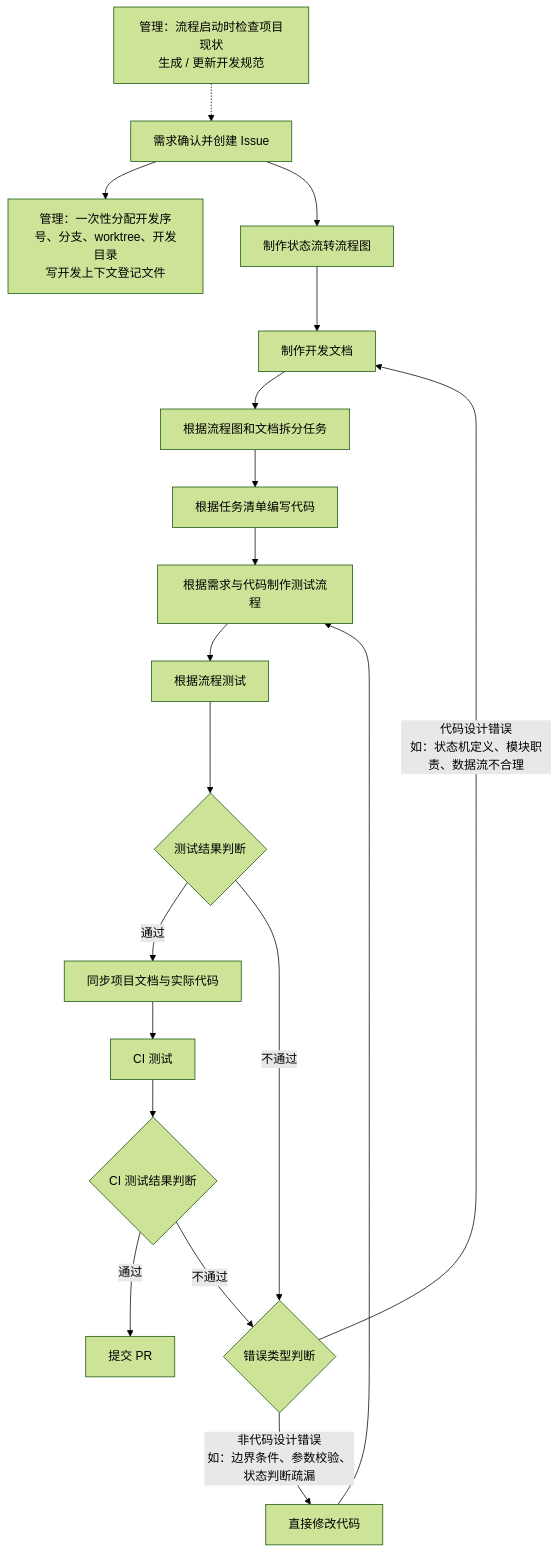
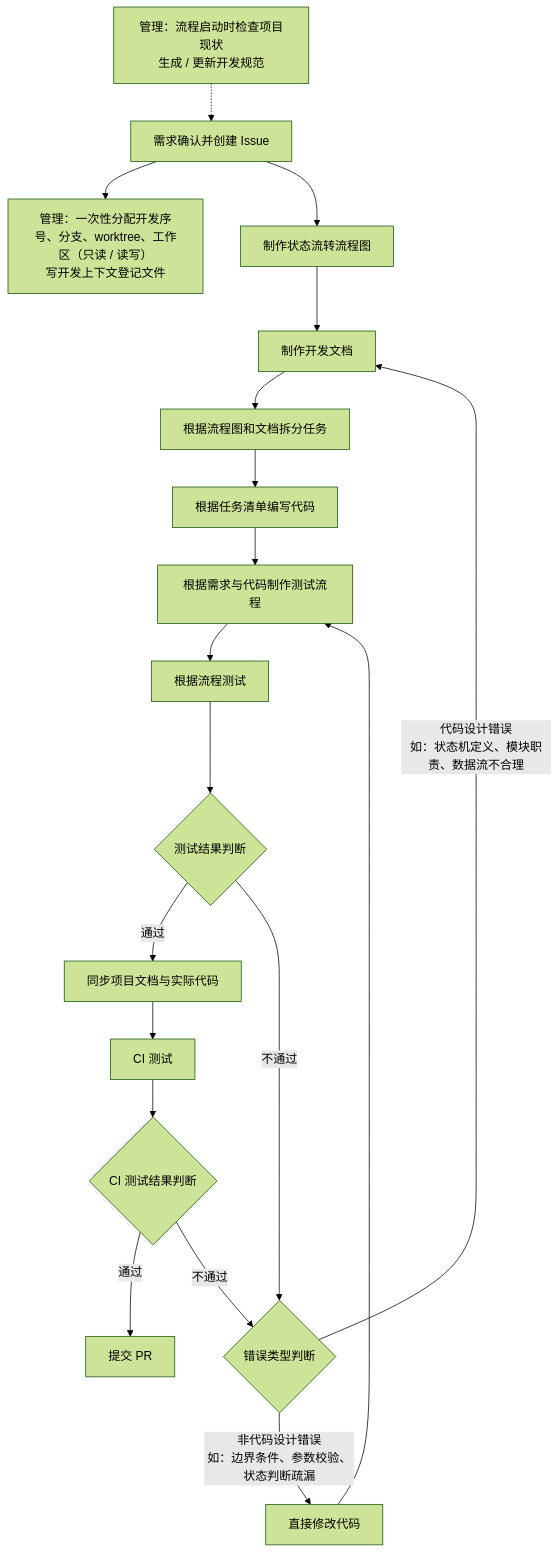
The diagram in docs/项目架构.md (liuxiaokang39-ctrl/From-Issue-To-PR-Plugin), drawn with Mermaid (forest theme) before and after one commit. The commit also changed other lines of this file and 17 other files, not shown here.

````diff
--- a/docs/项目架构.md
+++ b/docs/项目架构.md
@@ -30,26 +30,26 @@
 ```mermaid
 flowchart TD
     M1[管理：流程启动时检查项目现状<br/>生成 / 更新开发规范] -.-> A
-    A[需求确认并创建 Issue] --> M2[管理：一次性分配开发序号、分支、worktree、开发目录<br/>写开发上下文登记文件]
+    A[需求确认并创建 Issue] --> M2[管理：一次性分配开发序号、分支、worktree、工作区（只读 / 读写）<br/>写开发上下文登记文件]
     A --> B[制作状态流转流程图]
     B --> C[制作开发文档]
     C --> D[根据流程图和文档拆分任务]
     D --> E[根据任务清单编写代码]
     E --> F[根据需求与代码制作测试流程]
     F --> G[根据流程测试]
     G --> H{测试结果判断}
 
     H -- 通过 --> I[同步项目文档与实际代码]
     H -- 不通过 --> J{错误类型判断}
 
     J -- 非代码设计错误<br/>如：边界条件、参数校验、状态判断疏漏 --> K[直接修改代码]
     K --> F
 
     J -- 代码设计错误<br/>如：状态机定义、模块职责、数据流不合理 --> C
 
     I --> L[CI 测试]
     L --> M{CI 测试结果判断}
 
     M -- 通过 --> N[提交 PR]
     M -- 不通过 --> J
 ```
````
